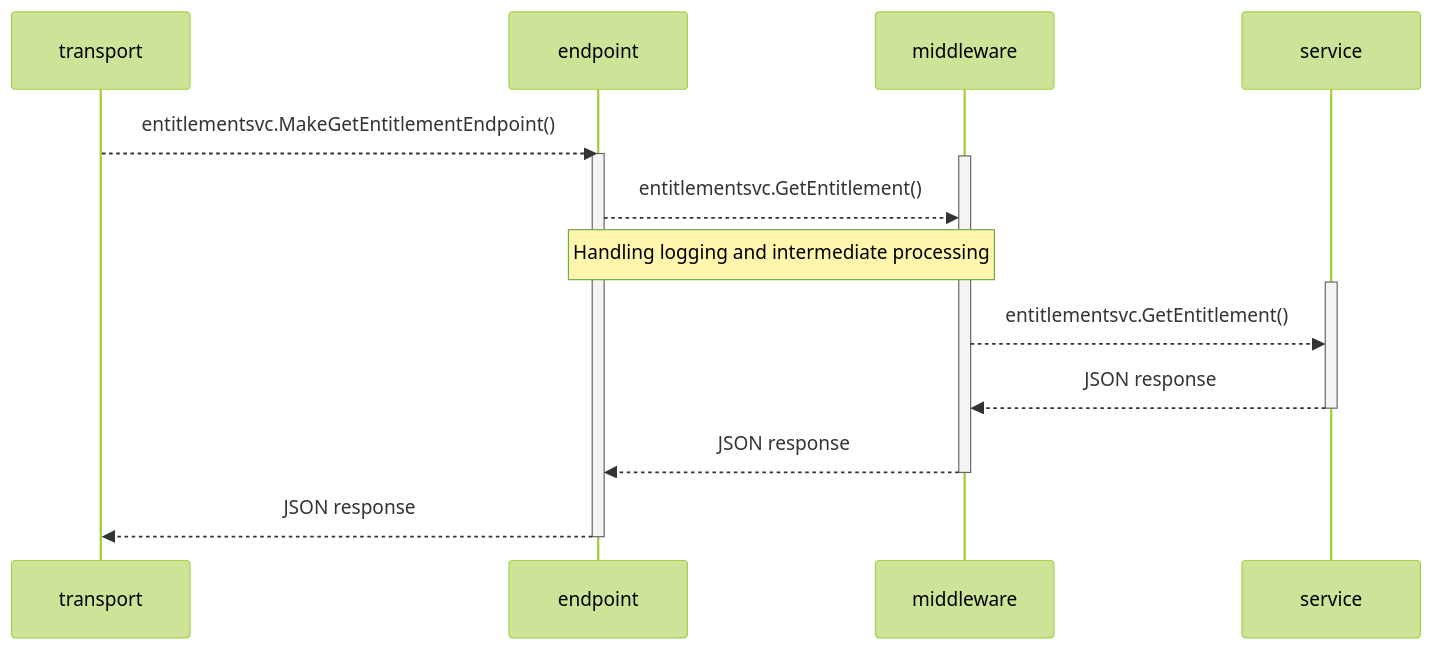
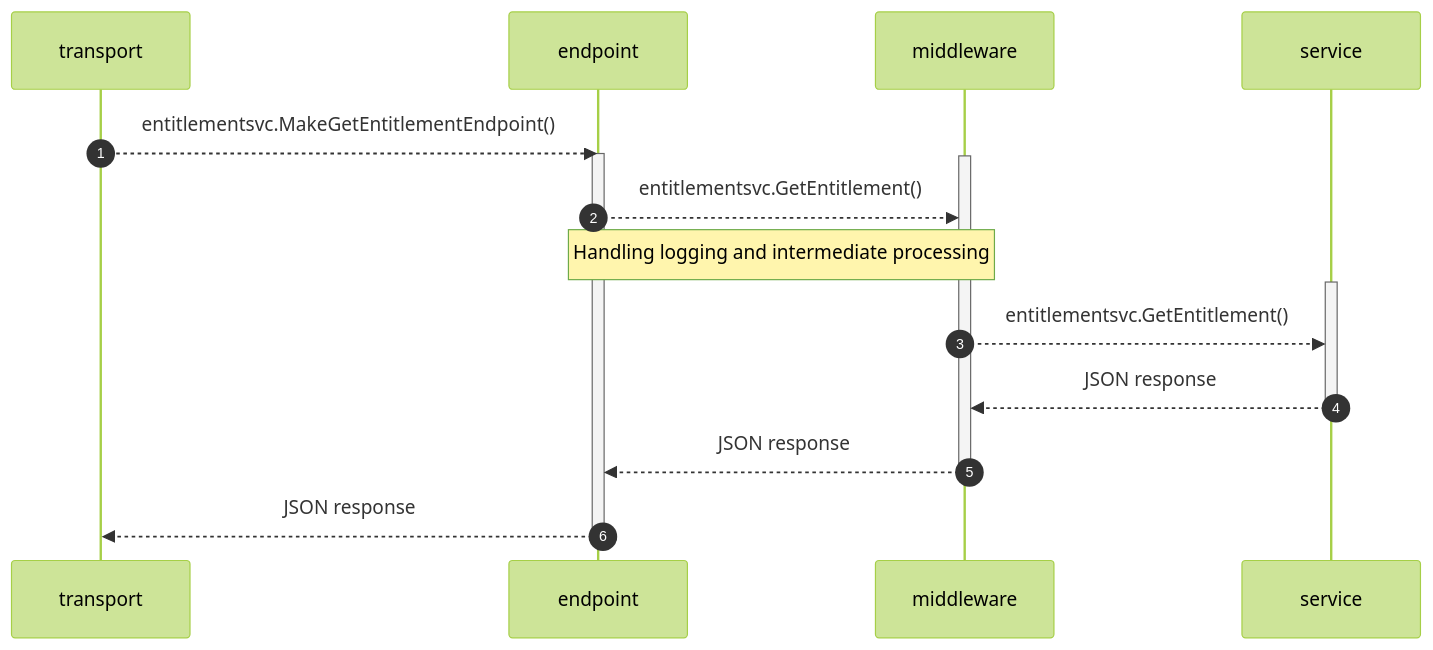
The diagram in README.md (ankurkumarz/golang-gokit-service-blueprint), drawn with Mermaid (forest theme) before and after one commit.

````diff
--- a/README.md
+++ b/README.md
@@ -24,20 +24,21 @@
 ```mermaid
 sequenceDiagram
+    autonumber
     transport-->>endpoint: entitlementsvc.MakeGetEntitlementEndpoint()
     activate endpoint
 
     activate middleware
     endpoint-->>middleware: entitlementsvc.GetEntitlement()
     Note over endpoint,middleware: Handling logging and intermediate processing
 
     activate service
     middleware-->>service: entitlementsvc.GetEntitlement()
     service-->>middleware: JSON response
     deactivate service
 
     middleware-->>endpoint: JSON response
     deactivate middleware
 
     endpoint-->>transport: JSON response
     deactivate endpoint
 ```
````
